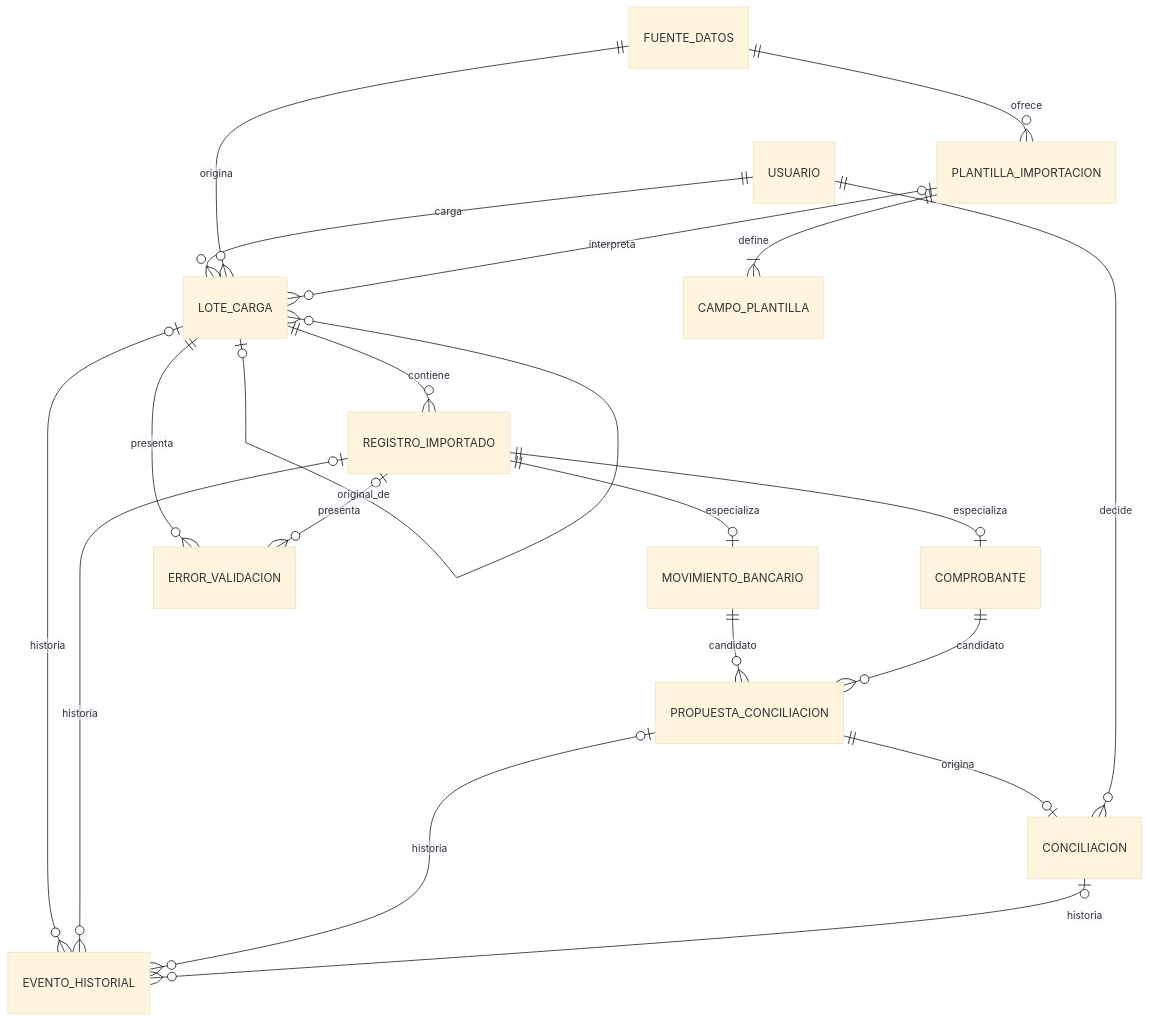
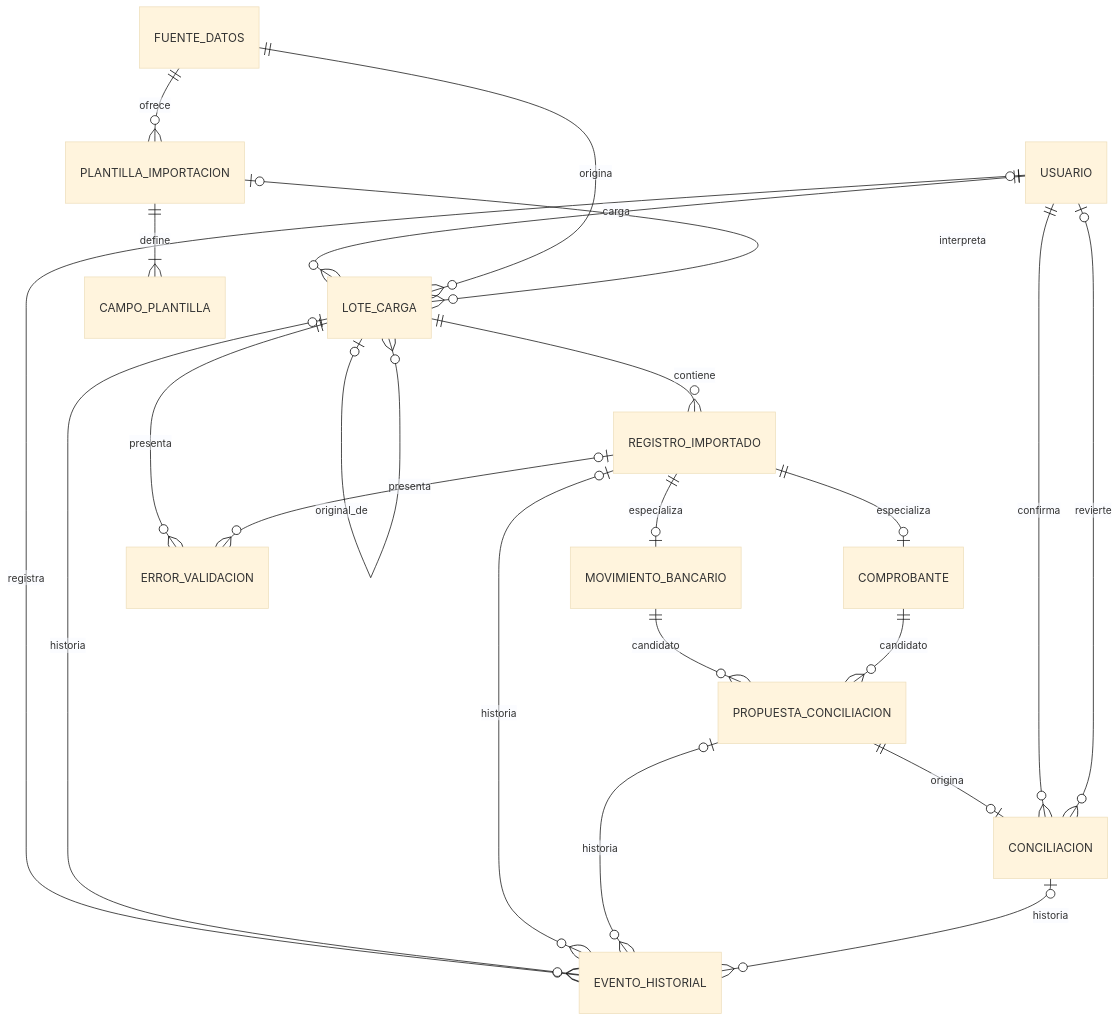
Before and after one commit to turkaym/conciliador-financiero: the fifth of 8 diagrams in docs/segunda-entrega/06-diagramas.md, drawn with Mermaid (base theme). The commit also changed other lines of this file and 50 other files, not shown here.

````diff
--- a/docs/segunda-entrega/06-diagramas.md
+++ b/docs/segunda-entrega/06-diagramas.md
@@ -88,22 +124,24 @@
 ```mermaid
 erDiagram
  USUARIO ||--o{ LOTE_CARGA : carga
  FUENTE_DATOS ||--o{ PLANTILLA_IMPORTACION : ofrece
  FUENTE_DATOS ||--o{ LOTE_CARGA : origina
  PLANTILLA_IMPORTACION ||--|{ CAMPO_PLANTILLA : define
  PLANTILLA_IMPORTACION o|--o{ LOTE_CARGA : interpreta
  LOTE_CARGA o|--o{ LOTE_CARGA : original_de
  LOTE_CARGA ||--o{ REGISTRO_IMPORTADO : contiene
  REGISTRO_IMPORTADO ||--o| MOVIMIENTO_BANCARIO : especializa
  REGISTRO_IMPORTADO ||--o| COMPROBANTE : especializa
  LOTE_CARGA ||--o{ ERROR_VALIDACION : presenta
  REGISTRO_IMPORTADO o|--o{ ERROR_VALIDACION : presenta
  MOVIMIENTO_BANCARIO ||--o{ PROPUESTA_CONCILIACION : candidato
  COMPROBANTE ||--o{ PROPUESTA_CONCILIACION : candidato
  PROPUESTA_CONCILIACION ||--o| CONCILIACION : origina
- USUARIO ||--o{ CONCILIACION : decide
+  USUARIO ||--o{ CONCILIACION : confirma
+  USUARIO o|--o{ CONCILIACION : revierte
+  USUARIO o|--o{ EVENTO_HISTORIAL : registra
  LOTE_CARGA o|--o{ EVENTO_HISTORIAL : historia
  REGISTRO_IMPORTADO o|--o{ EVENTO_HISTORIAL : historia
  PROPUESTA_CONCILIACION o|--o{ EVENTO_HISTORIAL : historia
  CONCILIACION o|--o{ EVENTO_HISTORIAL : historia
 ```
````
